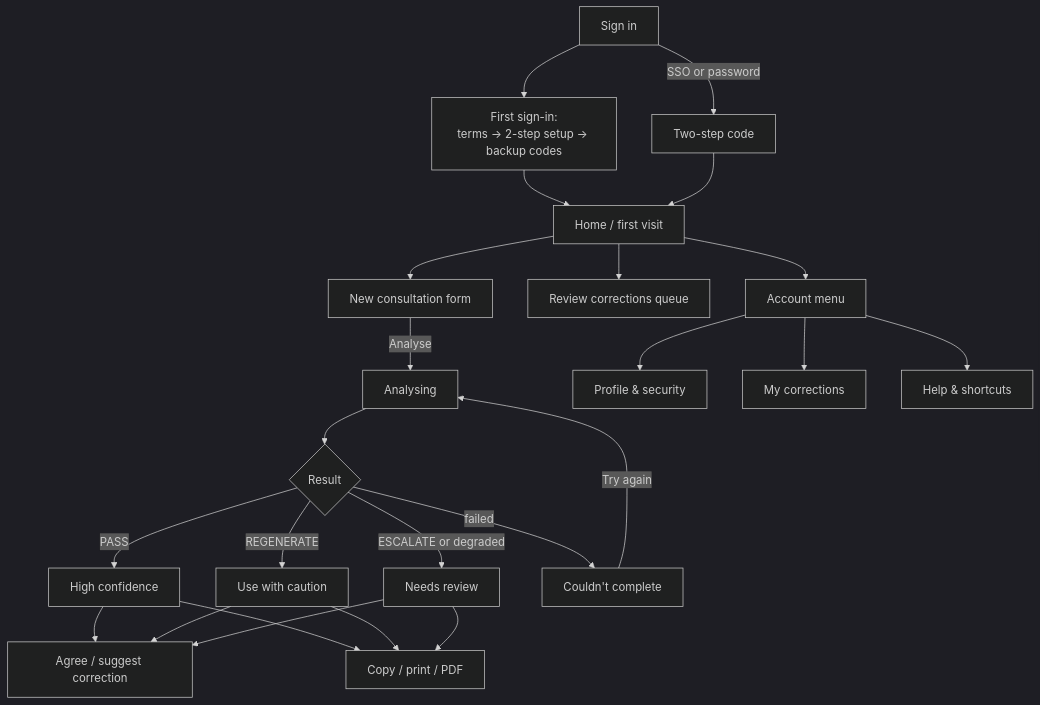
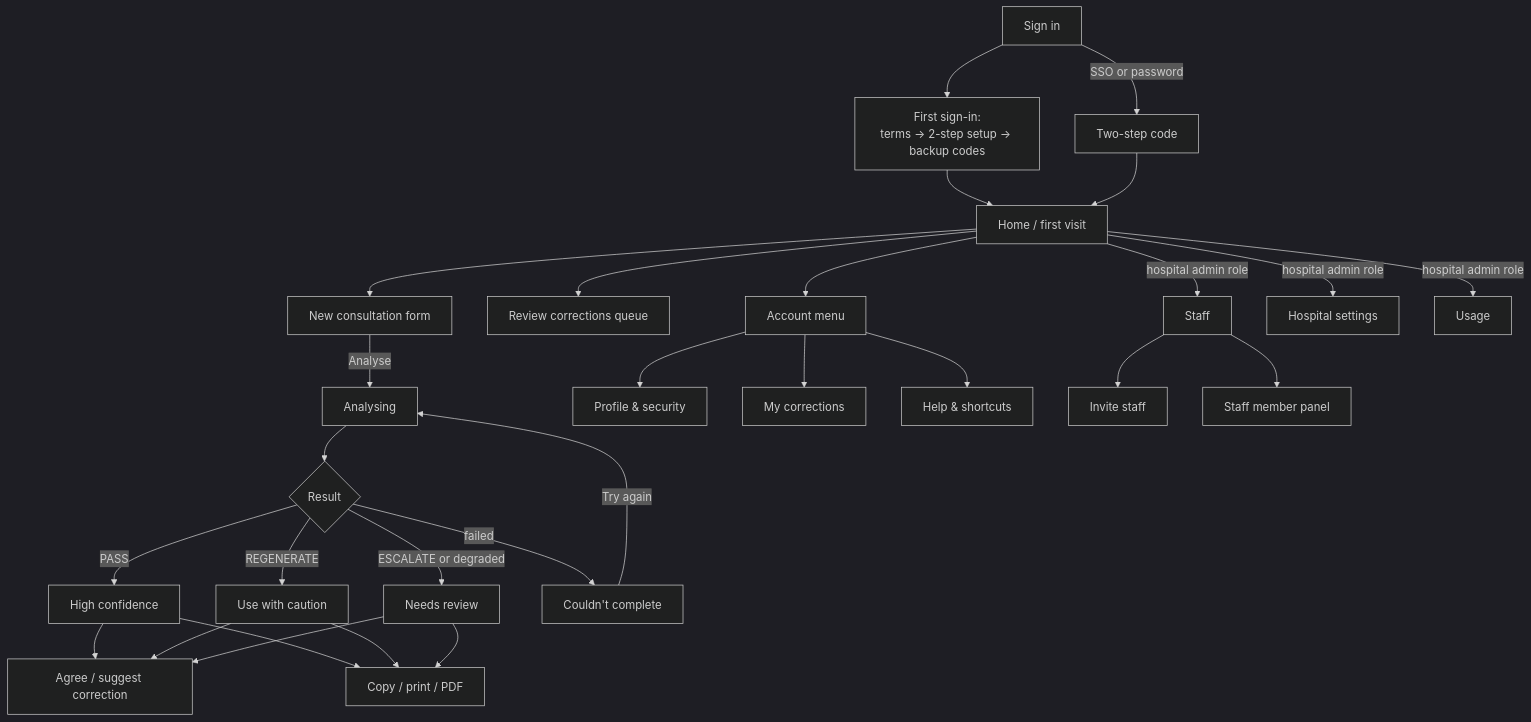
The fourth of 10 diagrams in ARCHITECTURE.md (Measured-Health/mhai-web), drawn with Mermaid (dark theme) before and after one commit. The commit also changed other lines of this file and 2 other files, not shown here.

First line of the commit message:
Cover hospital admins; treat backend gaps as backend work

````diff
--- a/ARCHITECTURE.md
+++ b/ARCHITECTURE.md
@@ -154,22 +186,27 @@
 ```mermaid
 flowchart TD
     login[Sign in] -->|SSO or password| mfa[Two-step code]
     login --> first[First sign-in:<br/>terms → 2-step setup → backup codes]
     first --> home
     mfa --> home[Home / first visit]
     home --> form[New consultation form]
     form -->|Analyse| proc[Analysing]
     proc --> res{Result}
     res -->|PASS| high[High confidence]
     res -->|REGENERATE| caution[Use with caution]
     res -->|ESCALATE or degraded| review[Needs review]
     res -->|failed| failed[Couldn't complete]
     high & caution & review --> fb[Agree / suggest correction]
     high & caution & review --> exp[Copy / print / PDF]
     failed -->|Try again| proc
     home --> rq[Review corrections queue]
     home --> acct[Account menu]
     acct --> prof[Profile & security]
     acct --> mine[My corrections]
     acct --> help[Help & shortcuts]
+    home -->|hospital admin role| hstaff[Staff]
+    hstaff --> hinv[Invite staff]
+    hstaff --> hmem[Staff member panel]
+    home -->|hospital admin role| hset[Hospital settings]
+    home -->|hospital admin role| huse[Usage]
 ```
````
